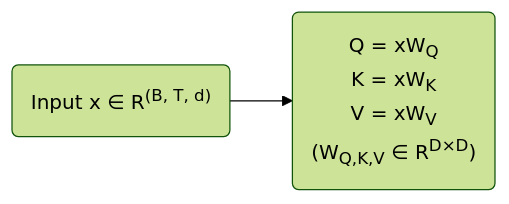
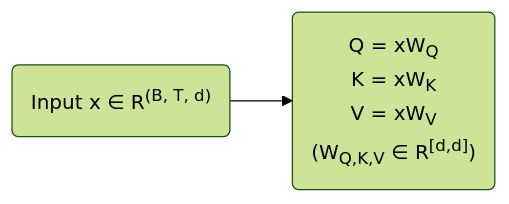
The seventh of 8 diagrams in docs/llm-essential-forward-pass.md (ChrisZhu2050/chriszhu2050.github.io), drawn with Mermaid (forest theme) before and after one commit. The commit also changed other lines of this file and 3 other files, not shown here.

````diff
--- a/docs/llm-essential-forward-pass.md
+++ b/docs/llm-essential-forward-pass.md
@@ -171,11 +171,11 @@
         ```mermaid
               graph LR
                   A("`Input                   x ∈ R<sup>(B, T, d)</sup>
                   `") --> 
                   B("`Q = xW<sub>Q</sub> 
                   K = xW<sub>K</sub>
                   V = xW<sub>V</sub>
-                  (W<sub>Q,K,V</sub> ∈ R<sup>D×D</sup>)
+                  (W<sub>Q,K,V</sub> ∈ R<sup>[d,d]</sup>)
                   
                   `") 
           ```  
````
